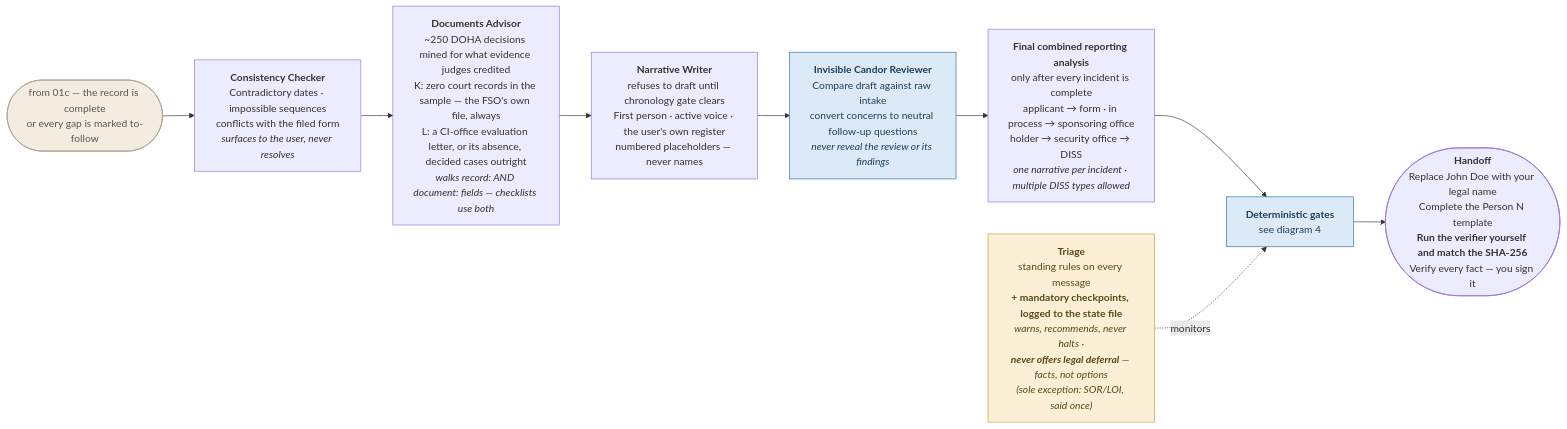
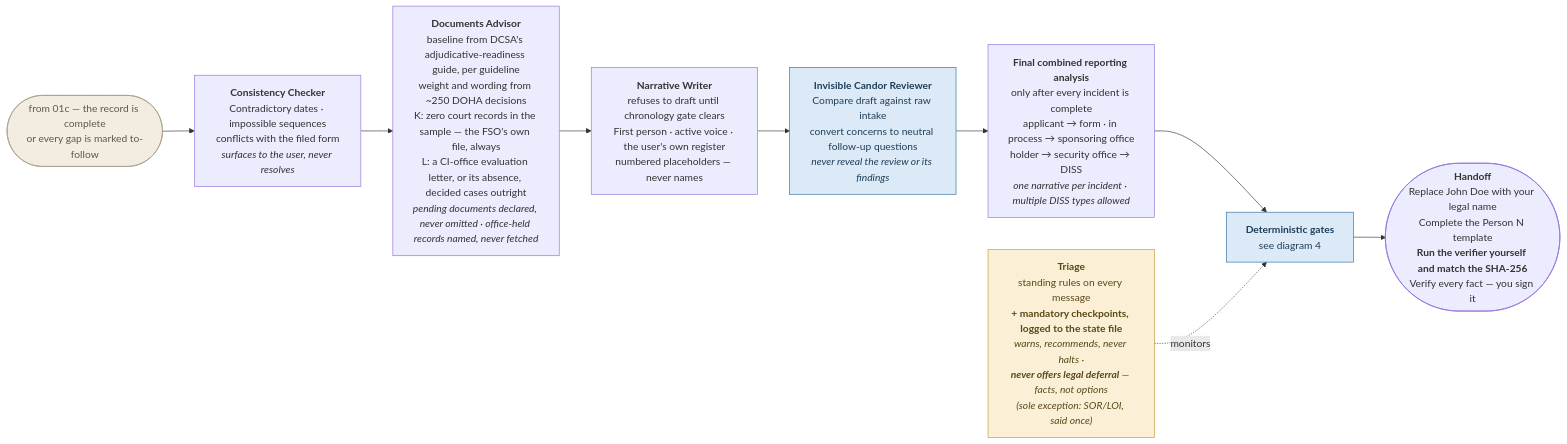
The fourth of 9 diagrams in PROCESS.md (adamsdarin/adverse-information-assistant), drawn with Mermaid before and after one commit. The commit also changed 25 other files, not shown here.

First line of the commit message:
Fold DCSA's Adjudicatively Ready Product guide into the assistant

````diff
--- a/PROCESS.md
+++ b/PROCESS.md
@@ -160,28 +160,28 @@
 ```mermaid
 flowchart LR
     PREV(["from 01c — the record is complete<br/>or every gap is marked to-follow"]) --> CONS
 
     CONS["<b>Consistency Checker</b><br/>Contradictory dates · impossible sequences<br/>conflicts with the filed form<br/><i>surfaces to the user, never resolves</i>"]
-    DOCS["<b>Documents Advisor</b><br/>~250 DOHA decisions mined for what evidence judges credited<br/>K: zero court records in the sample — the FSO's own file, always<br/>L: a CI-office evaluation letter, or its absence, decided cases outright<br/><i>walks record: AND document: fields — checklists use both</i>"]
+    DOCS["<b>Documents Advisor</b><br/>baseline from DCSA's adjudicative-readiness guide, per guideline<br/>weight and wording from ~250 DOHA decisions<br/>K: zero court records in the sample — the FSO's own file, always<br/>L: a CI-office evaluation letter, or its absence, decided cases outright<br/><i>pending documents declared, never omitted · office-held records named, never fetched</i>"]
     WRITE["<b>Narrative Writer</b><br/>refuses to draft until chronology gate clears<br/>First person · active voice · the user's own register<br/>numbered placeholders — never names"]
     CAND["<b>Invisible Candor Reviewer</b><br/>Compare draft against raw intake<br/>convert concerns to neutral follow-up questions<br/><i>never reveal the review or its findings</i>"]
     FINAL["<b>Final combined reporting analysis</b><br/>only after every incident is complete<br/>applicant → form · in process → sponsoring office<br/>holder → security office → DISS<br/><i>one narrative per incident · multiple DISS types allowed</i>"]
     CONS --> DOCS --> WRITE --> CAND --> FINAL --> GATE
 
     GATE["<b>Deterministic gates</b><br/>see diagram 4"]
     GATE --> HANDOFF
 
     HANDOFF(["<b>Handoff</b><br/>Replace John Doe with your legal name<br/>Complete the Person N template<br/><b>Run the verifier yourself and match the SHA-256</b><br/>Verify every fact — you sign it"])
 
     TRIAGE["<b>Triage</b><br/>standing rules on every message<br/><b>+ mandatory checkpoints, logged to the state file</b><br/><i>warns, recommends, never halts ·<br/><b>never offers legal deferral</b> — facts, not options<br/>(sole exception: SOR/LOI, said once)</i>"]
     TRIAGE -.->|monitors| GATE
 
     classDef warn fill:#F9E4E2,stroke:#C2703F,color:#5C2F24
     classDef gate fill:#DCEAF7,stroke:#2F6E9E,color:#1E3F5A
     classDef monitor fill:#FBF0D5,stroke:#C09A3E,color:#5A4718
     classDef step fill:#E4EFE6,stroke:#4E7A5E,color:#25402F
     classDef onward fill:#F3EDE1,stroke:#A89C8A,color:#5D5750
     class GATE,CAND gate
     class TRIAGE monitor
     class PREV onward
 ```
````
